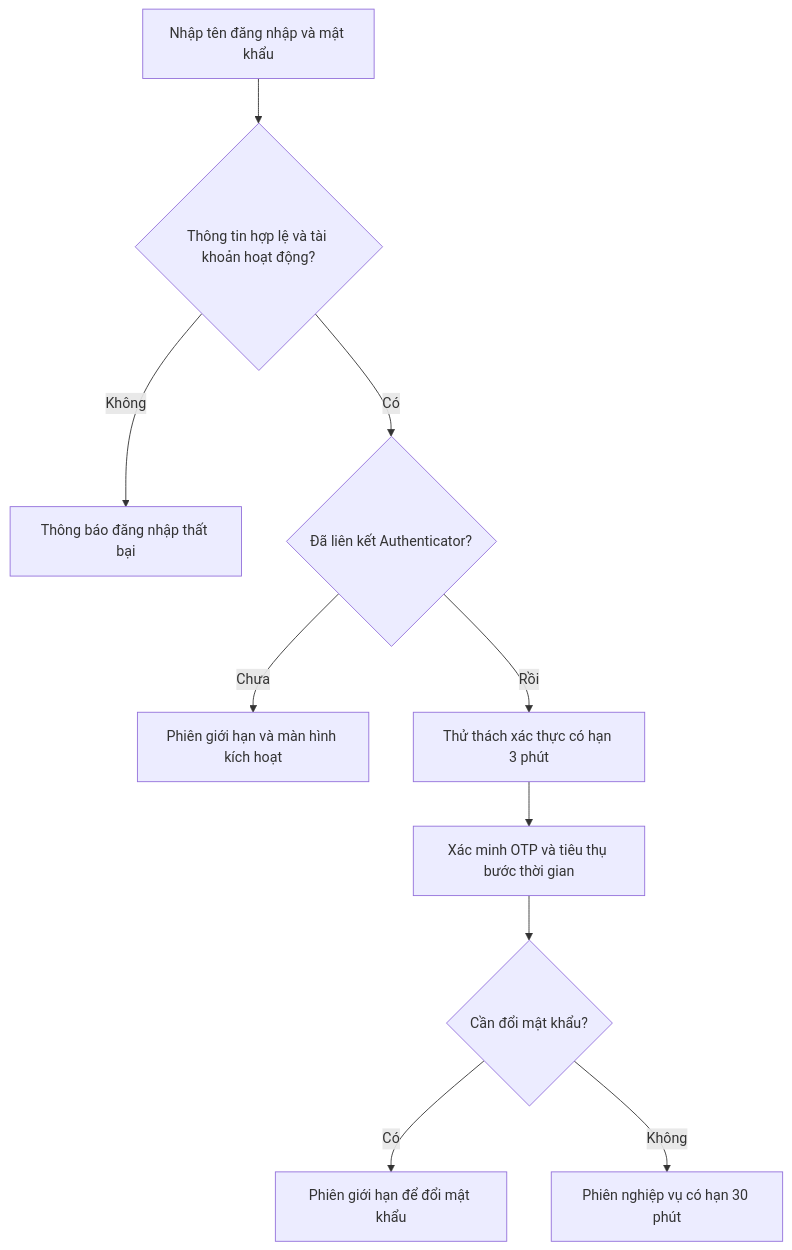
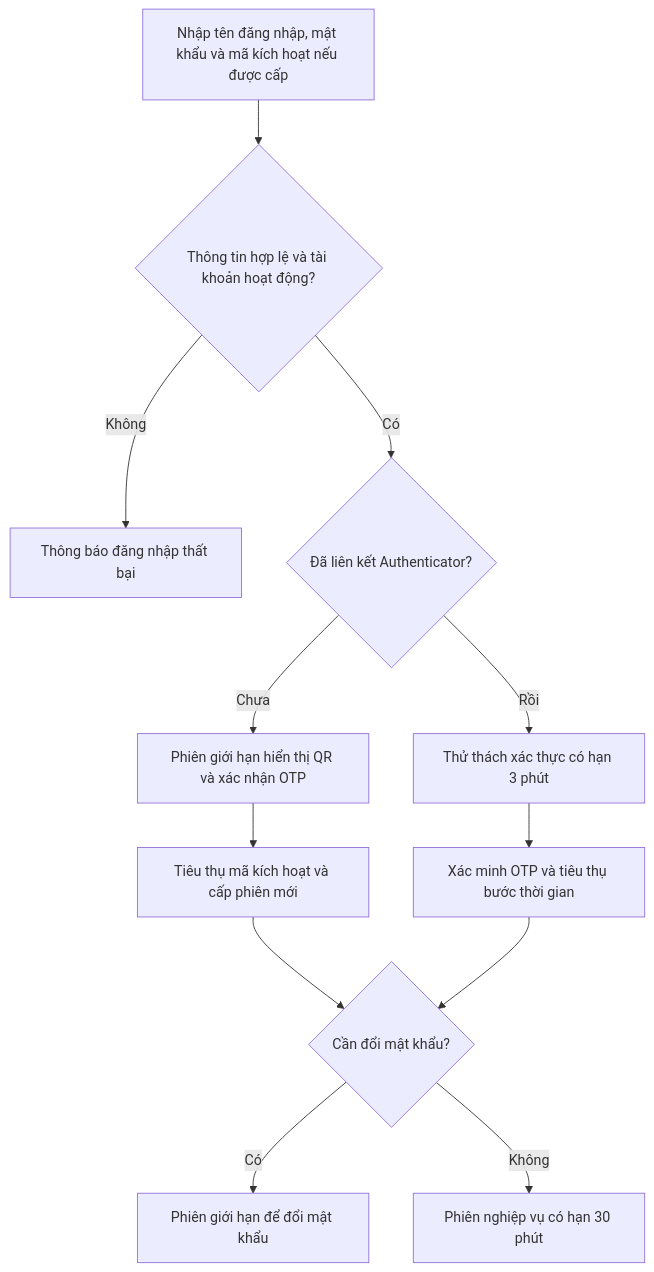
Before and after one commit to PhamVanTuRN/QLCD: the first of 2 diagrams in docs/AUTHENTICATION.md, drawn with Mermaid. The commit also changed other lines of this file and 89 other files, not shown here.

````diff
--- a/docs/AUTHENTICATION.md
+++ b/docs/AUTHENTICATION.md
@@ -7,12 +7,14 @@
 ```mermaid
 flowchart TD
-    A[Nhập tên đăng nhập và mật khẩu] --> B{Thông tin hợp lệ và tài khoản hoạt động?}
+    A[Nhập tên đăng nhập, mật khẩu và mã kích hoạt nếu được cấp] --> B{Thông tin hợp lệ và tài khoản hoạt động?}
     B -- Không --> C[Thông báo đăng nhập thất bại]
     B -- Có --> D{Đã liên kết Authenticator?}
-    D -- Chưa --> E[Phiên giới hạn và màn hình kích hoạt]
+    D -- Chưa --> E[Phiên giới hạn hiển thị QR và xác nhận OTP]
+    E --> K[Tiêu thụ mã kích hoạt và cấp phiên mới]
+    K --> H
     D -- Rồi --> F[Thử thách xác thực có hạn 3 phút]
     F --> G[Xác minh OTP và tiêu thụ bước thời gian]
     G --> H{Cần đổi mật khẩu?}
     H -- Có --> I[Phiên giới hạn để đổi mật khẩu]
     H -- Không --> J[Phiên nghiệp vụ có hạn 30 phút]
 ```
````
